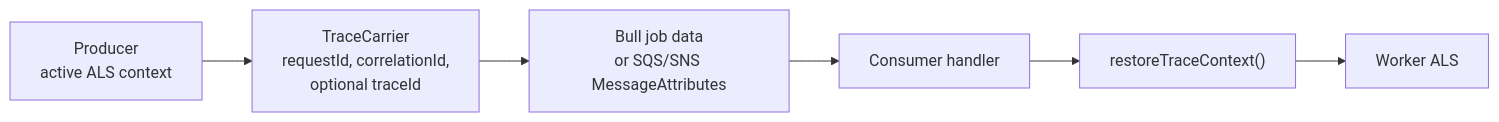
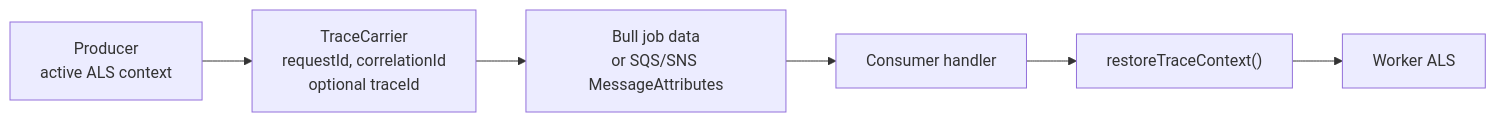
Before and after one commit to Manavpreeet/tracekit-js: the fifth of 29 diagrams in README.md, drawn with Mermaid. The commit also changed other lines of this file, not shown here.

First line of the commit message:
Fix Mermaid diagrams for GitHub rendering.

````diff
--- a/README.md
+++ b/README.md
@@ -178,15 +178,15 @@
 ```mermaid
 flowchart LR
-  Producer[Producer\nactive ALS context]
-  Carrier["TraceCarrier\nrequestId, correlationId,\noptional traceId"]
-  Transport["Bull job data\nor SQS/SNS MessageAttributes"]
-  Consumer[Consumer handler]
-  Restore["restoreTraceContext()"]
-  ALS2[Worker ALS]
+  producer["Producer<br/>active ALS context"]
+  carrier["TraceCarrier<br/>requestId, correlationId<br/>optional traceId"]
+  transport["Bull job data<br/>or SQS/SNS MessageAttributes"]
+  consumer["Consumer handler"]
+  restore["restoreTraceContext()"]
+  als2["Worker ALS"]
 
-  Producer --> Carrier
-  Carrier --> Transport
-  Transport --> Consumer
-  Consumer --> Restore
-  Restore --> ALS2
+  producer --> carrier
+  carrier --> transport
+  transport --> consumer
+  consumer --> restore
+  restore --> als2
 ```
````
